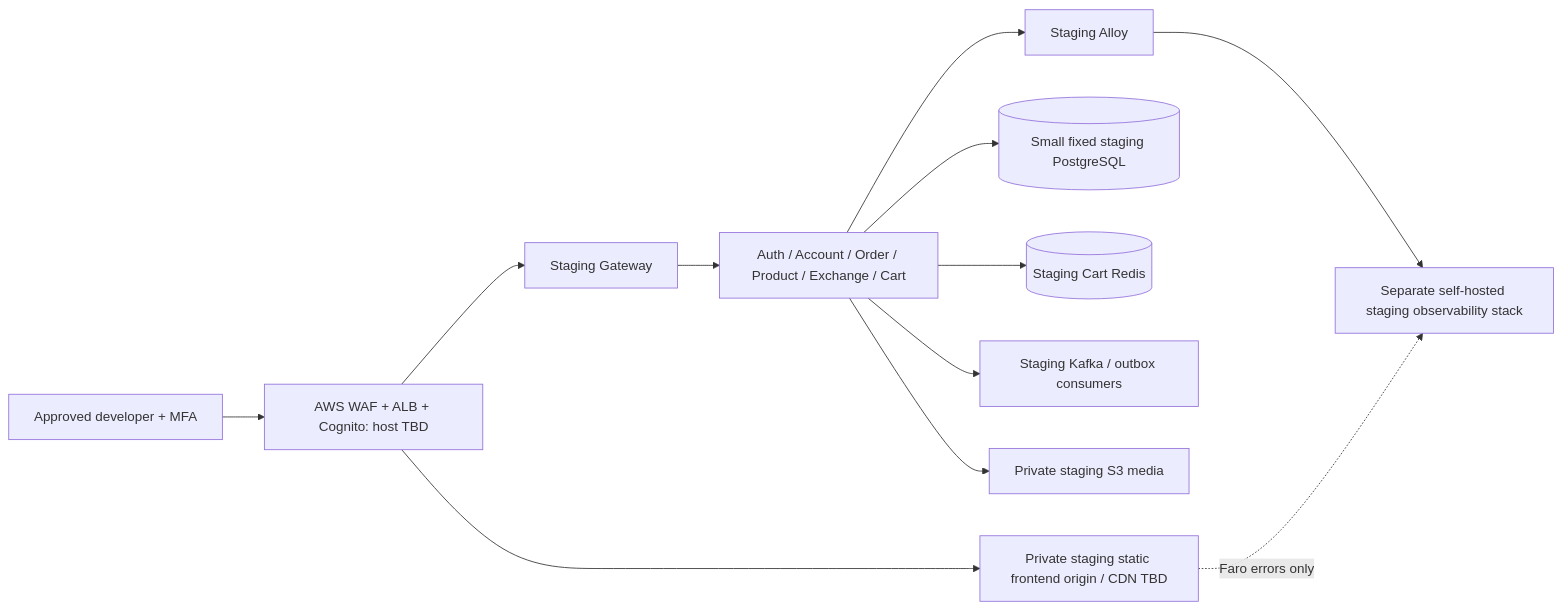
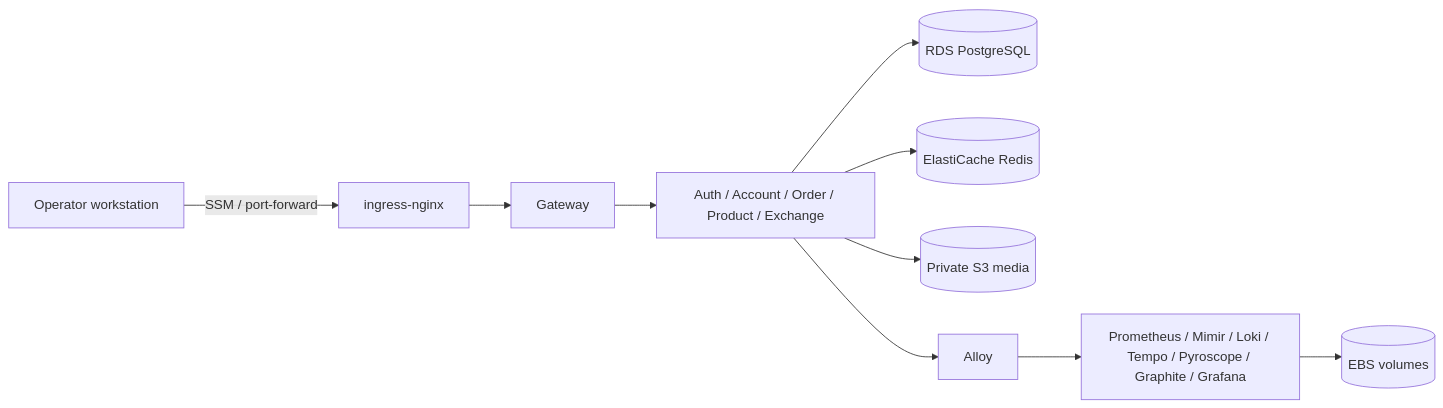
The diagram in docs/infrastructure/staging.md (Microsserv52/platform), drawn with Mermaid before and after one commit. The commit also changed other lines of this file and 17 other files, not shown here.

First line of the commit message:
feat(staging): define a private staging environment

````diff
--- a/docs/infrastructure/staging.md
+++ b/docs/infrastructure/staging.md
@@ -65,14 +28,12 @@
 ```mermaid
 flowchart LR
-    developer[Approved developer + MFA] --> access[AWS WAF + ALB + Cognito: host TBD]
-    access --> web[Private staging static frontend origin / CDN TBD]
-    access --> gateway[Staging Gateway]
-    gateway --> services[Auth / Account / Order / Product / Exchange / Cart]
-    services --> db[(Small fixed staging PostgreSQL)]
-    services --> redis[(Staging Cart Redis)]
-    services --> kafka[Staging Kafka / outbox consumers]
-    services --> media[Private staging S3 media]
-    services --> alloy[Staging Alloy]
-    alloy --> grafana[Separate self-hosted staging observability stack]
-    web -. Faro errors only .-> grafana
+    operator[Operator workstation] -->|SSM / port-forward| ingress[ingress-nginx]
+    ingress --> gateway[Gateway]
+    gateway --> services[Auth / Account / Order / Product / Exchange]
+    services --> db[(RDS PostgreSQL)]
+    services --> redis[(ElastiCache Redis)]
+    services --> media[(Private S3 media)]
+    services --> alloy[Alloy]
+    alloy --> obs[Prometheus / Mimir / Loki / Tempo / Pyroscope / Graphite / Grafana]
+    obs --> ebs[(EBS volumes)]
 ```
````
